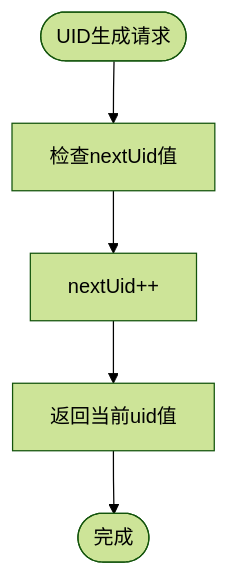
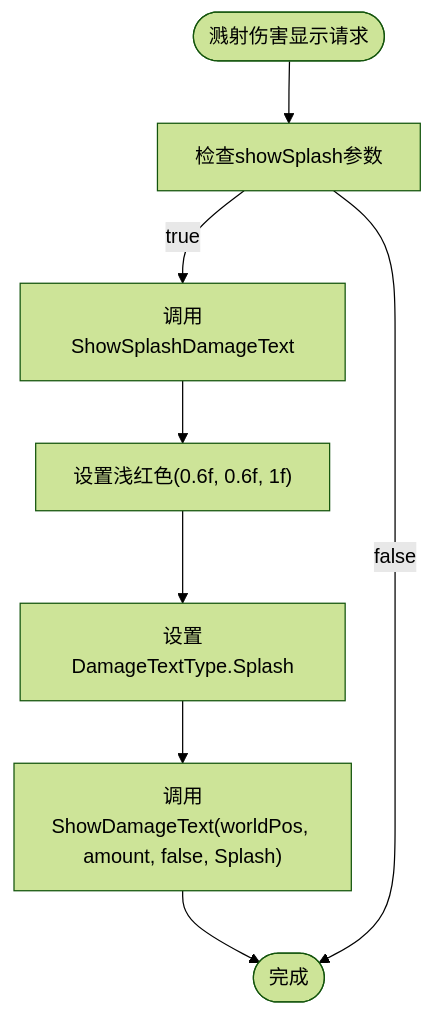
One commit to Tuusen/p1_client changed the third of 6 diagrams in .qoder/repowiki/zh/content/战斗系统/战斗管理器.md. Above: the diagram before and after it, drawn with Mermaid (forest theme). The commit also changed other lines of this file and 9 other files, not shown here.

````diff
--- a/.qoder/repowiki/zh/content/战斗系统/战斗管理器.md
+++ b/.qoder/repowiki/zh/content/战斗系统/战斗管理器.md
@@ -199,7 +211,10 @@
 ```mermaid
 flowchart TD
-Start(["UID生成请求"]) --> Check["检查nextUid值"]
-Check --> Increment["nextUid++"]
-Increment --> Return["返回当前uid值"]
-Return --> End(["完成"])
+Start(["溅射伤害显示请求"]) --> Check["检查showSplash参数"]
+Check --> |true| Show["调用ShowSplashDamageText"]
+Show --> Color["设置浅红色(0.6f, 0.6f, 1f)"]
+Color --> Type["设置DamageTextType.Splash"]
+Type --> Call["调用ShowDamageText(worldPos, amount, false, Splash)"]
+Call --> End(["完成"])
+Check --> |false| End
 ```
````
